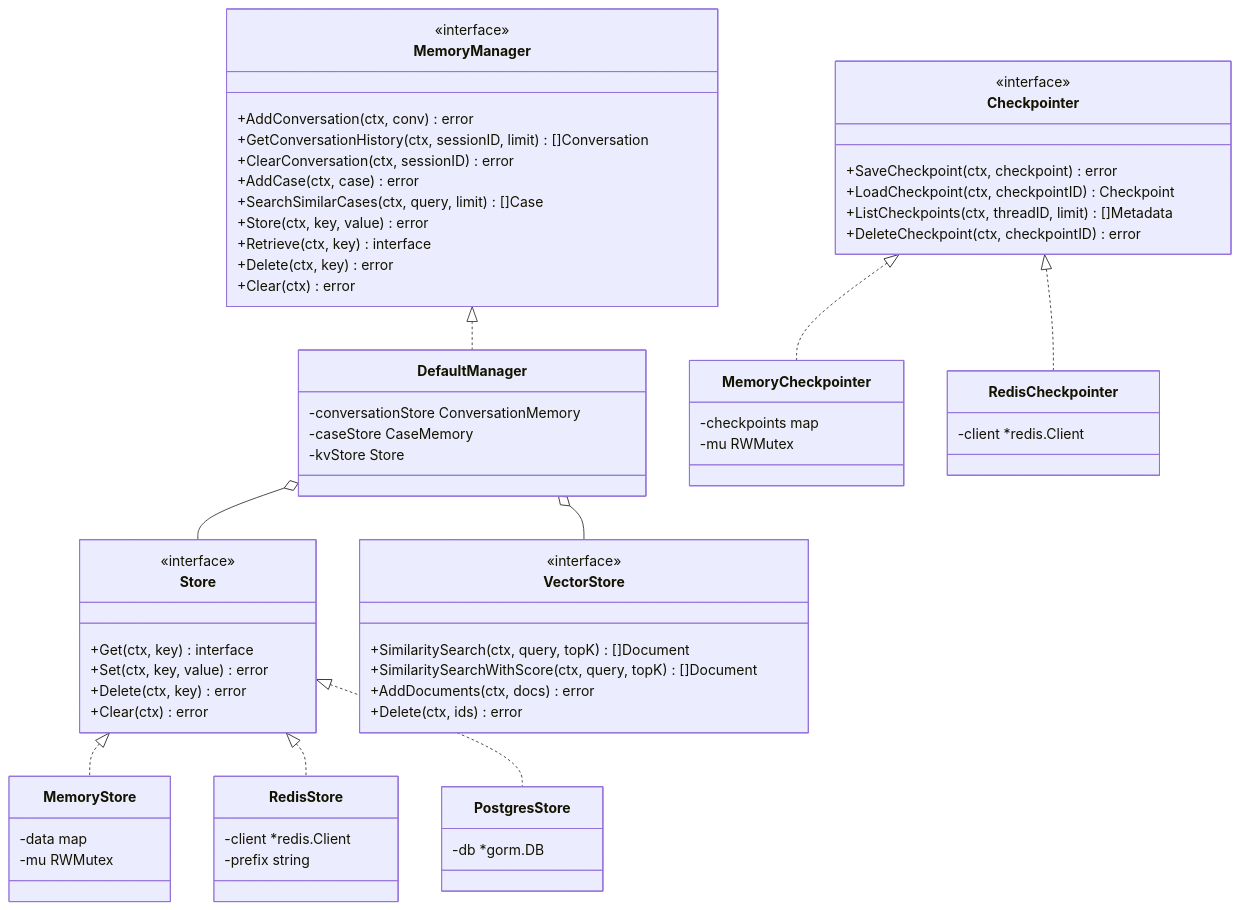
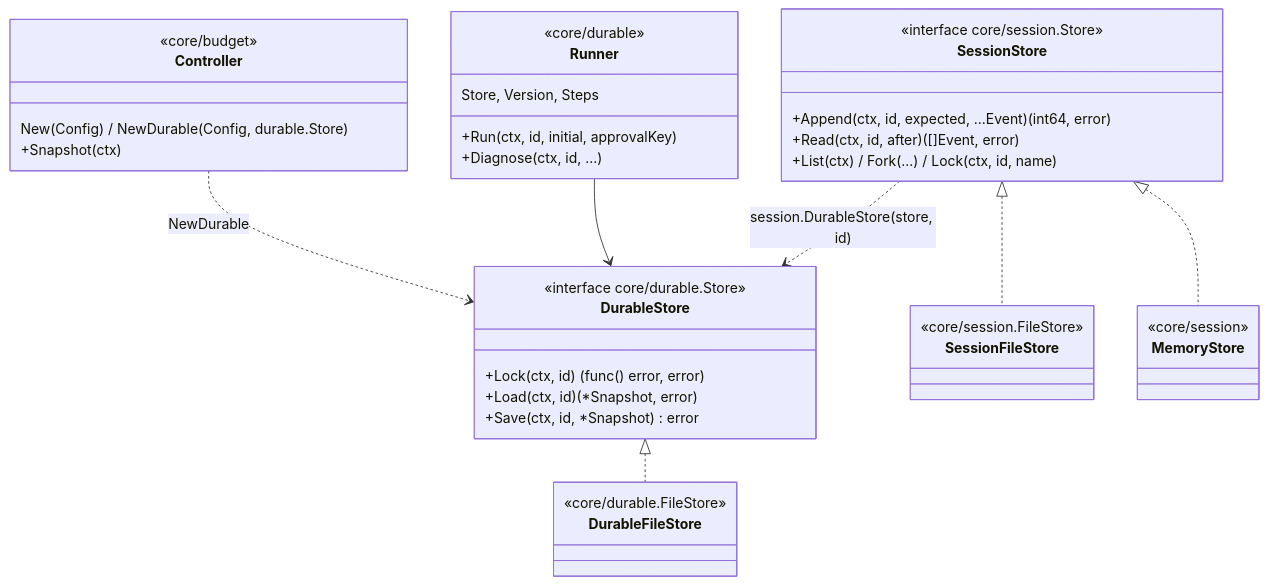
Before and after one commit to kart-io/goagent: the fifth of 5 diagrams in docs/architecture/COMPONENT_DIAGRAM.md, drawn with Mermaid. The commit also changed other lines of this file and 87 other files, not shown here.

````diff
--- a/docs/architecture/COMPONENT_DIAGRAM.md
+++ b/docs/architecture/COMPONENT_DIAGRAM.md
@@ -485,77 +212,41 @@
 ```mermaid
 classDiagram
-    class MemoryManager {
-        <<interface>>
-        +AddConversation(ctx, conv) error
-        +GetConversationHistory(ctx, sessionID, limit) []Conversation
-        +ClearConversation(ctx, sessionID) error
-        +AddCase(ctx, case) error
-        +SearchSimilarCases(ctx, query, limit) []Case
-        +Store(ctx, key, value) error
-        +Retrieve(ctx, key) interface
-        +Delete(ctx, key) error
-        +Clear(ctx) error
+    class DurableStore {
+        <<interface core/durable.Store>>
+        +Lock(ctx, id) (func() error, error)
+        +Load(ctx, id) (*Snapshot, error)
+        +Save(ctx, id, *Snapshot) error
     }
-
-    class Store {
-        <<interface>>
-        +Get(ctx, key) interface
-        +Set(ctx, key, value) error
-        +Delete(ctx, key) error
-        +Clear(ctx) error
+    class DurableFileStore {
+        <<core/durable.FileStore>>
     }
-
-    class VectorStore {
-        <<interface>>
-        +SimilaritySearch(ctx, query, topK) []Document
-        +SimilaritySearchWithScore(ctx, query, topK) []Document
-        +AddDocuments(ctx, docs) error
-        +Delete(ctx, ids) error
+    class Runner {
+        <<core/durable>>
+        Store, Version, Steps
+        +Run(ctx, id, initial, approvalKey)
+        +Diagnose(ctx, id, ...)
     }
-
-    class Checkpointer {
-        <<interface>>
-        +SaveCheckpoint(ctx, checkpoint) error
-        +LoadCheckpoint(ctx, checkpointID) Checkpoint
-        +ListCheckpoints(ctx, threadID, limit) []Metadata
-        +DeleteCheckpoint(ctx, checkpointID) error
+    class SessionStore {
+        <<interface core/session.Store>>
+        +Append(ctx, id, expected, ...Event) (int64, error)
+        +Read(ctx, id, after) ([]Event, error)
+        +List(ctx) / Fork(...) / Lock(ctx, id, name)
     }
-
-    class DefaultManager {
-        -conversationStore ConversationMemory
-        -caseStore CaseMemory
-        -kvStore Store
+    class MemoryStore {
+        <<core/session>>
     }
-
-    class MemoryStore {
-        -data map
-        -mu RWMutex
+    class SessionFileStore {
+        <<core/session.FileStore>>
     }
-
-    class RedisStore {
-        -client *redis.Client
-        -prefix string
+    class Controller {
+        <<core/budget>>
+        New(Config) / NewDurable(Config, durable.Store)
+        +Snapshot(ctx)
     }
-
-    class PostgresStore {
-        -db *gorm.DB
-    }
-
-    class MemoryCheckpointer {
-        -checkpoints map
-        -mu RWMutex
-    }
-
-    class RedisCheckpointer {
-        -client *redis.Client
-    }
-
-    MemoryManager <|.. DefaultManager
-    Store <|.. MemoryStore
-    Store <|.. RedisStore
-    Store <|.. PostgresStore
-    Checkpointer <|.. MemoryCheckpointer
-    Checkpointer <|.. RedisCheckpointer
-    DefaultManager o-- Store
-    DefaultManager o-- VectorStore
+    DurableStore <|.. DurableFileStore
+    SessionStore <|.. MemoryStore
+    SessionStore <|.. SessionFileStore
+    Runner --> DurableStore
+    SessionStore ..> DurableStore : session.DurableStore(store, id)
+    Controller ..> DurableStore : NewDurable
 ```
````
